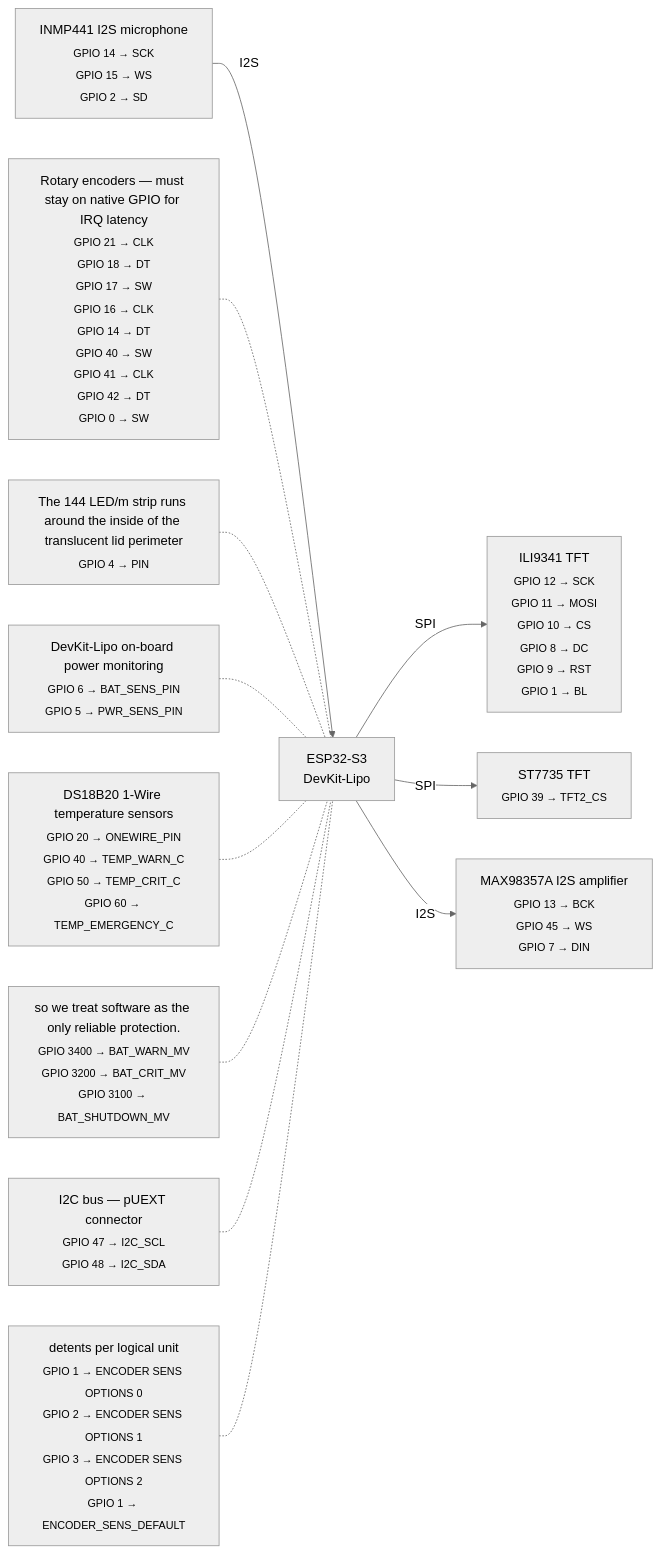
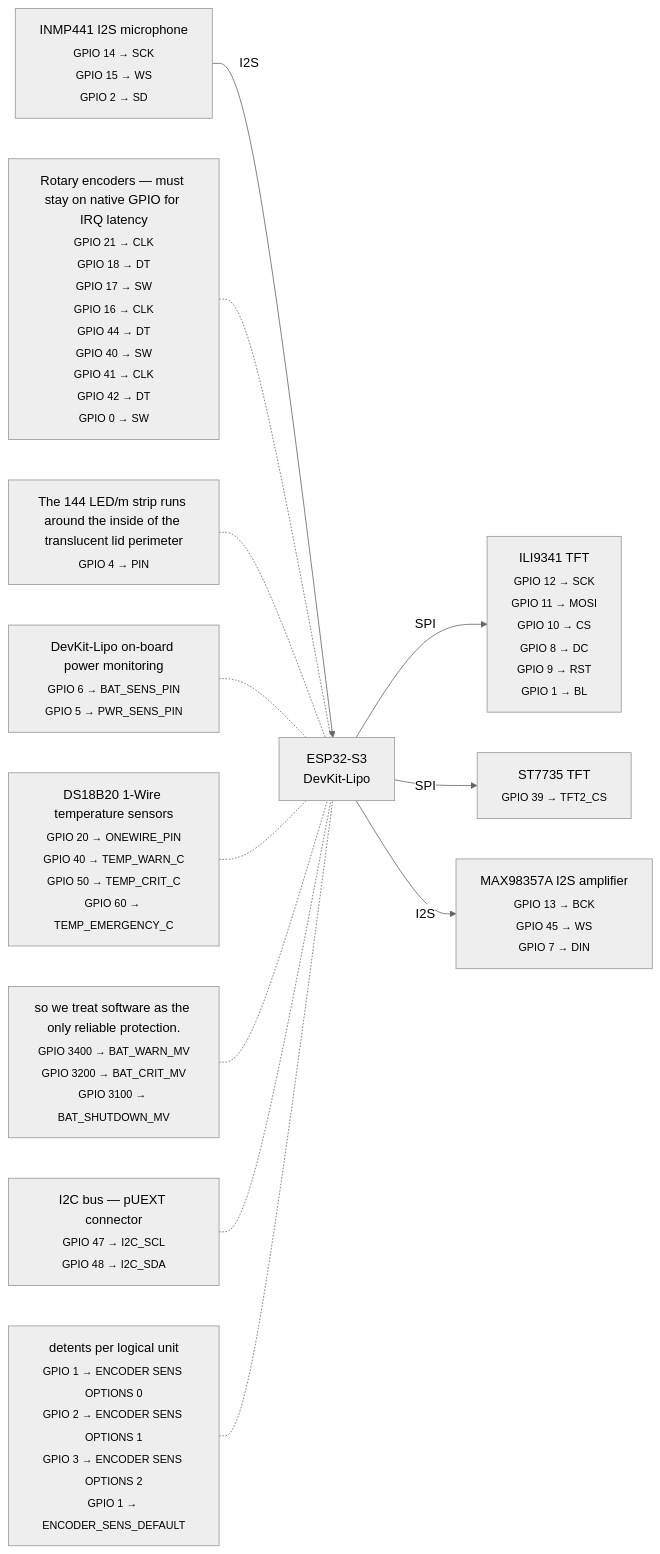
Before and after one commit to mandakan/bodn-esp32: the diagram in docs/wiring.md, drawn with Mermaid (neutral theme). The commit also changed other lines of this file and 1 other file, not shown here.

First line of the commit message:
Move ENC2_DT from GPIO 14 to GPIO 44

````diff
--- a/docs/wiring.md
+++ b/docs/wiring.md
@@ -8,38 +8,38 @@
 ```mermaid
 graph LR
     ESP["ESP32-S3<br/>DevKit-Lipo"]
 
     ILI9341TFT["ILI9341 TFT<br/><sub>GPIO 12 → SCK<br/>GPIO 11 → MOSI<br/>GPIO 10 → CS<br/>GPIO 8 → DC<br/>GPIO 9 → RST<br/>GPIO 1 → BL</sub>"]
     ESP -- SPI --> ILI9341TFT
 
     ST7735TFT["ST7735 TFT<br/><sub>GPIO 39 → TFT2_CS</sub>"]
     ESP -- SPI --> ST7735TFT
 
     INMP441I2Smicrophone["INMP441 I2S microphone<br/><sub>GPIO 14 → SCK<br/>GPIO 15 → WS<br/>GPIO 2 → SD</sub>"]
     INMP441I2Smicrophone -- I2S --> ESP
 
     MAX98357AI2Samplifier["MAX98357A I2S amplifier<br/><sub>GPIO 13 → BCK<br/>GPIO 45 → WS<br/>GPIO 7 → DIN</sub>"]
     ESP -- I2S --> MAX98357AI2Samplifier
 
-    RotaryencodersmuststayonnativeGPIOforIRQlatency["Rotary encoders — must stay on native GPIO for IRQ latency<br/><sub>GPIO 21 → CLK<br/>GPIO 18 → DT<br/>GPIO 17 → SW<br/>GPIO 16 → CLK<br/>GPIO 14 → DT<br/>GPIO 40 → SW<br/>GPIO 41 → CLK<br/>GPIO 42 → DT<br/>GPIO 0 → SW</sub>"]
+    RotaryencodersmuststayonnativeGPIOforIRQlatency["Rotary encoders — must stay on native GPIO for IRQ latency<br/><sub>GPIO 21 → CLK<br/>GPIO 18 → DT<br/>GPIO 17 → SW<br/>GPIO 16 → CLK<br/>GPIO 44 → DT<br/>GPIO 40 → SW<br/>GPIO 41 → CLK<br/>GPIO 42 → DT<br/>GPIO 0 → SW</sub>"]
     RotaryencodersmuststayonnativeGPIOforIRQlatency -.- ESP
 
     The144LEDmstriprunsaroundtheinsideofthetranslucentlidperimeter["The 144 LED/m strip runs around the inside of the translucent lid perimeter<br/><sub>GPIO 4 → PIN</sub>"]
     The144LEDmstriprunsaroundtheinsideofthetranslucentlidperimeter -.- ESP
 
     DevKitLipoonboardpowermonitoring["DevKit-Lipo on-board power monitoring<br/><sub>GPIO 6 → BAT_SENS_PIN<br/>GPIO 5 → PWR_SENS_PIN</sub>"]
     DevKitLipoonboardpowermonitoring -.- ESP
 
     DS18B201Wiretemperaturesensors["DS18B20 1-Wire temperature sensors<br/><sub>GPIO 20 → ONEWIRE_PIN<br/>GPIO 40 → TEMP_WARN_C<br/>GPIO 50 → TEMP_CRIT_C<br/>GPIO 60 → TEMP_EMERGENCY_C</sub>"]
     DS18B201Wiretemperaturesensors -.- ESP
 
     sowetreatsoftwareastheonlyreliableprotection["so we treat software as the only reliable protection.<br/><sub>GPIO 3400 → BAT_WARN_MV<br/>GPIO 3200 → BAT_CRIT_MV<br/>GPIO 3100 → BAT_SHUTDOWN_MV</sub>"]
     sowetreatsoftwareastheonlyreliableprotection -.- ESP
 
     I2CbuspUEXTconnector["I2C bus — pUEXT connector<br/><sub>GPIO 47 → I2C_SCL<br/>GPIO 48 → I2C_SDA</sub>"]
     I2CbuspUEXTconnector -.- ESP
 
     detentsperlogicalunit["detents per logical unit<br/><sub>GPIO 1 → ENCODER SENS OPTIONS 0<br/>GPIO 2 → ENCODER SENS OPTIONS 1<br/>GPIO 3 → ENCODER SENS OPTIONS 2<br/>GPIO 1 → ENCODER_SENS_DEFAULT</sub>"]
     detentsperlogicalunit -.- ESP
 
 ```
````
